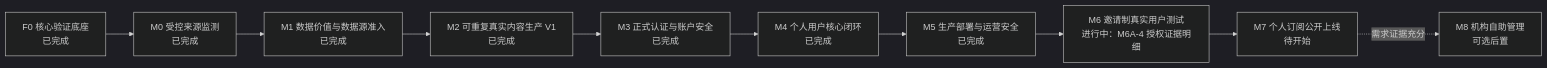
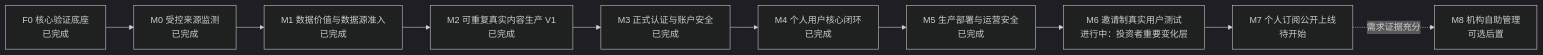
One commit to daiphoon/dealflow-radar changed the diagram in docs/10-implementation-plan.md. Above: the diagram before and after it, drawn with Mermaid (dark theme). The commit also changed other lines of this file and 37 other files, not shown here.

````diff
--- a/docs/10-implementation-plan.md
+++ b/docs/10-implementation-plan.md
@@ -23,12 +23,12 @@
 ```mermaid
 flowchart LR
     F0["F0 核心验证底座<br/>已完成"] --> M0["M0 受控来源监测<br/>已完成"]
     M0 --> M1["M1 数据价值与数据源准入<br/>已完成"]
     M1 --> M2["M2 可重复真实内容生产 V1<br/>已完成"]
     M2 --> M3["M3 正式认证与账户安全<br/>已完成"]
     M3 --> M4["M4 个人用户核心闭环<br/>已完成"]
     M4 --> M5["M5 生产部署与运营安全<br/>已完成"]
-    M5 --> M6["M6 邀请制真实用户测试<br/>进行中：M6A-4 授权证据明细"]
+    M5 --> M6["M6 邀请制真实用户测试<br/>进行中：投资者重要变化层"]
     M6 --> M7["M7 个人订阅公开上线<br/>待开始"]
     M7 -."需求证据充分".-> M8["M8 机构自助管理<br/>可选后置"]
 ```
````
